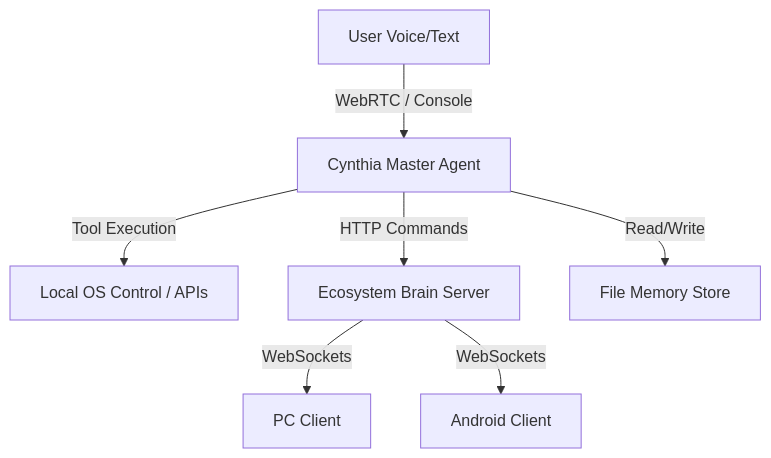
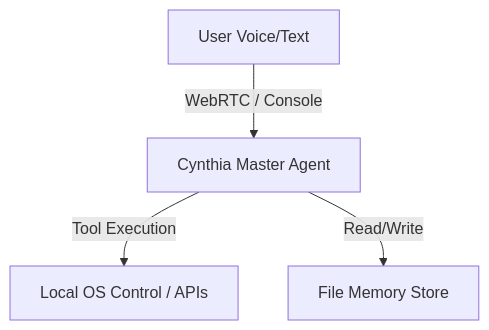
One commit to devsharma26827-svg/AI-Assistant changed the diagram in README.md. Above: the diagram before and after it, drawn with Mermaid. The commit also changed other lines of this file and 69 other files, not shown here.

````diff
--- a/README.md
+++ b/README.md
@@ -28,9 +32,6 @@
 ```mermaid
 graph TD
     A[User Voice/Text] -->|WebRTC / Console| B[Cynthia Master Agent]
     B -->|Tool Execution| C[Local OS Control / APIs]
-    B -->|HTTP Commands| D[Ecosystem Brain Server]
-    D -->|WebSockets| E[PC Client]
-    D -->|WebSockets| F[Android Client]
-    B -->|Read/Write| G[File Memory Store]
+    B -->|Read/Write| D[File Memory Store]
 ```
````
